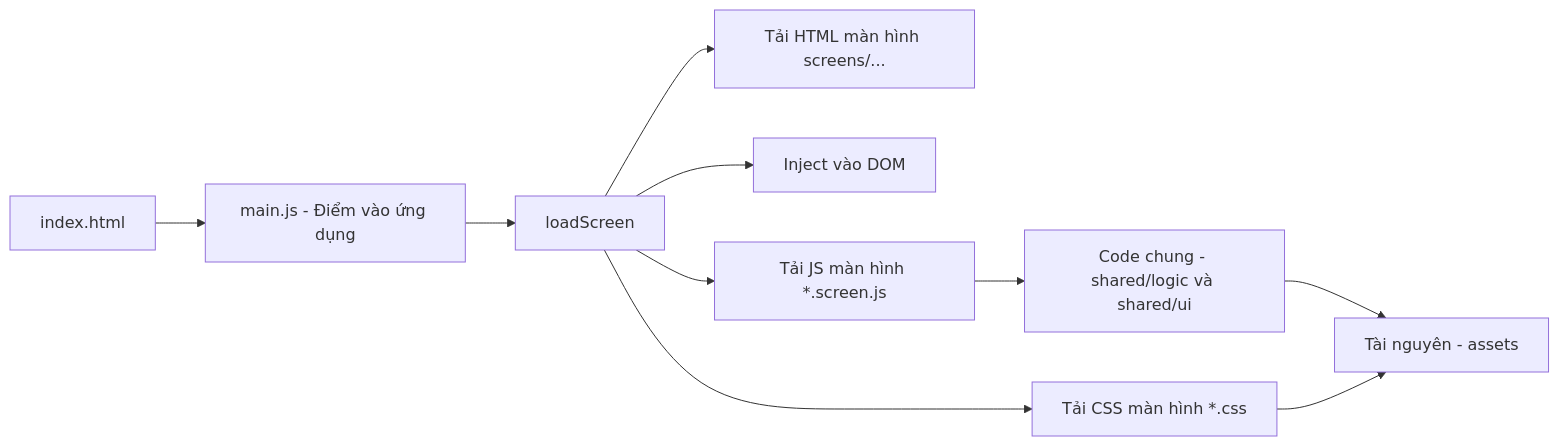
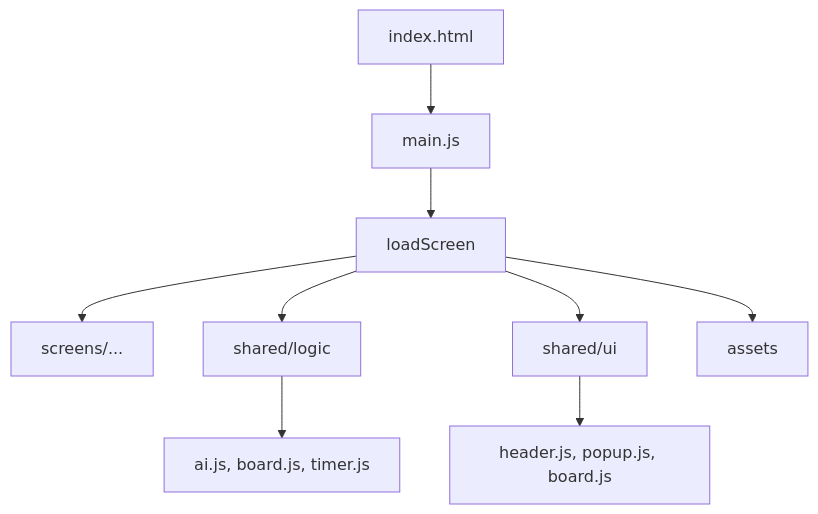
Before and after one commit to ace-team-uit/SS004.10_FinalProject_TicTacToe: the diagram in README.md, drawn with Mermaid. The commit also changed other lines of this file, not shown here.

Commit message:
📝 docs(README): update project overview and architecture details

````diff
--- a/README.md
+++ b/README.md
@@ -170,12 +186,11 @@
 ```mermaid
-graph LR
-    A[index.html] --> B[main.js - Điểm vào ứng dụng]
+graph TD
+    A[index.html] --> B[main.js]
     B --> C[loadScreen]
-    C --> D[Tải HTML màn hình screens/...]
-    C --> E[Inject vào DOM]
-    C --> F[Tải CSS màn hình *.css]
-    C --> G[Tải JS màn hình *.screen.js]
-    G --> H[Code chung - shared/logic và shared/ui]
-    H --> I[Tài nguyên - assets]
-    F --> I
+    C --> D[screens/...]
+    C --> E[shared/logic]
+    C --> F[shared/ui]
+    C --> G[assets]
+    E --> H[ai.js, board.js, timer.js]
+    F --> I[header.js, popup.js, board.js]
 ```
````
